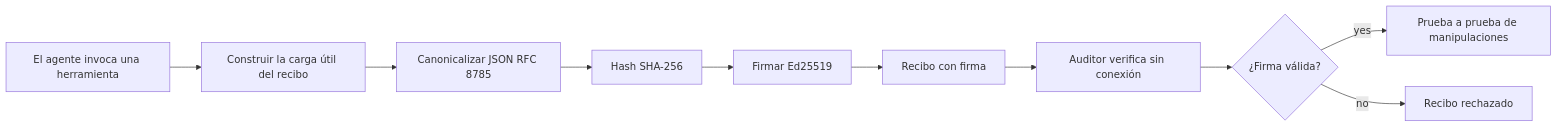
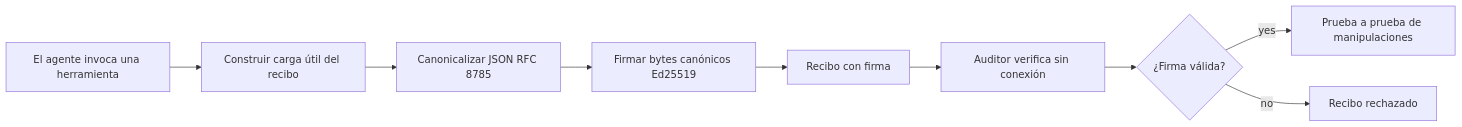
Before and after one commit to microsoft/ai-agents-for-beginners: the first of 2 diagrams in translations/es/18-securing-ai-agents/README.md, drawn with Mermaid. The commit also changed other lines of this file and 47 other files, not shown here.

````diff
--- a/translations/es/18-securing-ai-agents/README.md
+++ b/translations/es/18-securing-ai-agents/README.md
@@ -51,12 +51,11 @@
 ```mermaid
 flowchart LR
-    A[El agente invoca una herramienta] --> B[Construir la carga útil del recibo]
+    A[El agente invoca una herramienta] --> B[Construir carga útil del recibo]
     B --> C[Canonicalizar JSON RFC 8785]
-    C --> D[Hash SHA-256]
-    D --> E[Firmar Ed25519]
+    C --> E[Firmar bytes canónicos Ed25519]
     E --> F[Recibo con firma]
     F --> G[Auditor verifica sin conexión]
     G --> H{¿Firma válida?}
     H -- yes --> I[Prueba a prueba de manipulaciones]
     H -- no --> J[Recibo rechazado]
 ```
````
